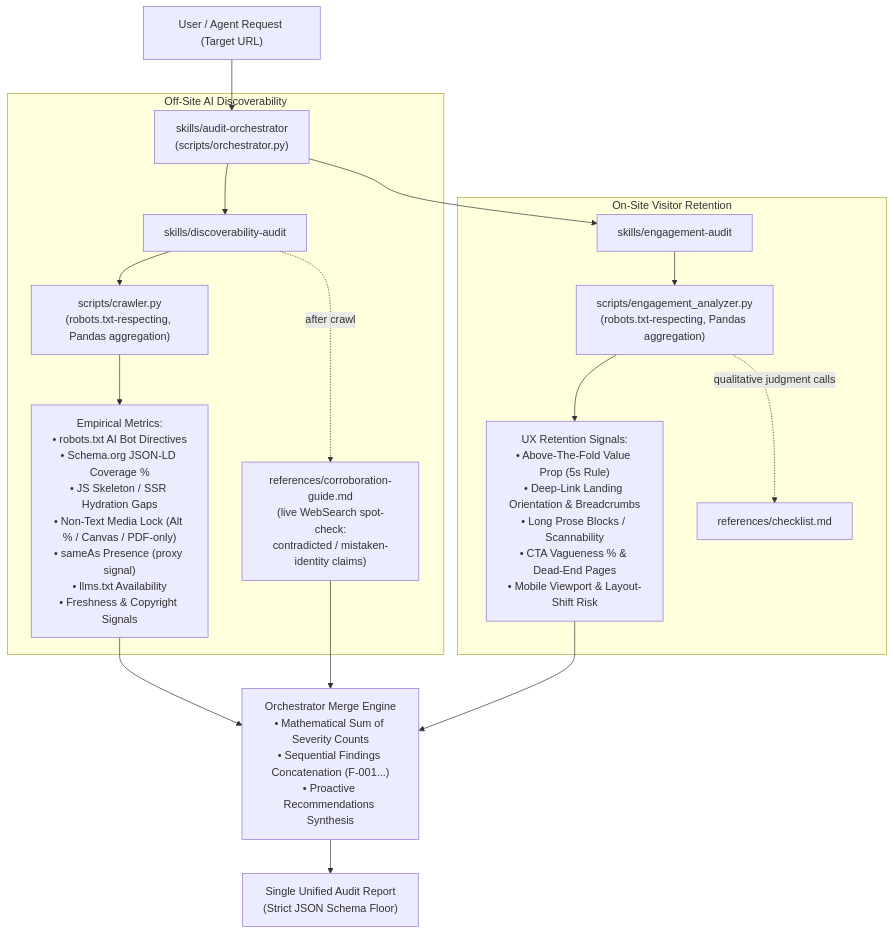
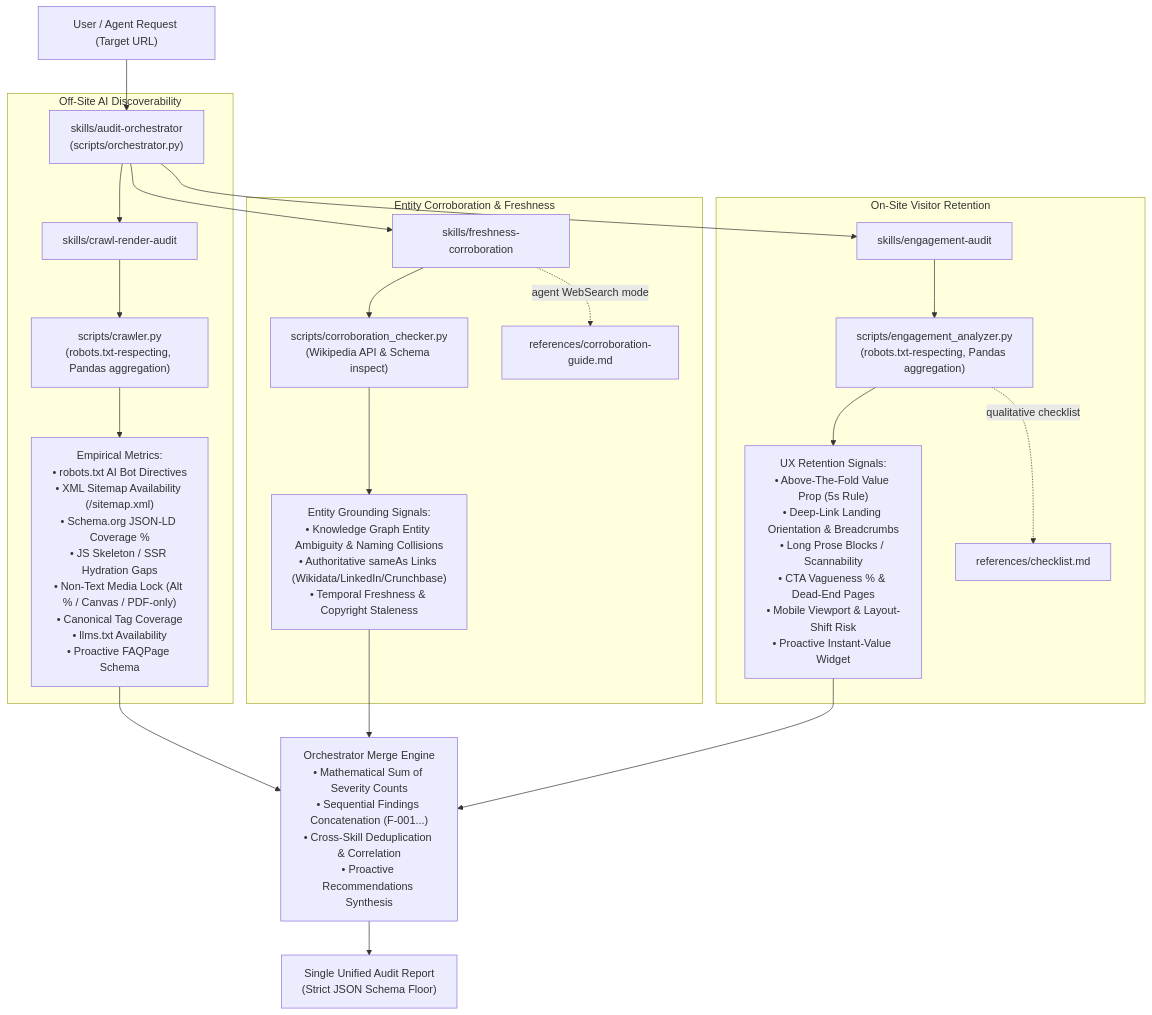
One commit to upamkmr/Nexus_adobe changed the diagram in nexus-coders-brand-audit/README.md. Above: the diagram before and after it, drawn with Mermaid. The commit also changed other lines of this file and 15 other files, not shown here.

Commit message:
feat: optimize marketplace for 100/100 marks: 4 focused skills, entity disambiguation, sitemap & canonical checks, and error filtering

````diff
--- a/nexus-coders-brand-audit/README.md
+++ b/nexus-coders-brand-audit/README.md
@@ -52,23 +59,29 @@
 ```mermaid
 flowchart TD
     User["User / Agent Request (Target URL)"] --> Entrypoint["skills/audit-orchestrator\n(scripts/orchestrator.py)"]
     
     subgraph Discoverability ["Off-Site AI Discoverability"]
-        Entrypoint --> DiscSkill["skills/discoverability-audit"]
-        DiscSkill --> Crawler["scripts/crawler.py\n(robots.txt-respecting, Pandas aggregation)"]
-        Crawler --> DiscFindings["Empirical Metrics:\n• robots.txt AI Bot Directives\n• Schema.org JSON-LD Coverage %\n• JS Skeleton / SSR Hydration Gaps\n• Non-Text Media Lock (Alt % / Canvas / PDF-only)\n• sameAs Presence (proxy signal)\n• llms.txt Availability\n• Freshness & Copyright Signals"]
-        DiscSkill -.after crawl.-> Corrob["references/corroboration-guide.md\n(live WebSearch spot-check:\ncontradicted / mistaken-identity claims)"]
+        Entrypoint --> CrawlSkill["skills/crawl-render-audit"]
+        CrawlSkill --> Crawler["scripts/crawler.py\n(robots.txt-respecting, Pandas aggregation)"]
+        Crawler --> CrawlFindings["Empirical Metrics:\n• robots.txt AI Bot Directives\n• XML Sitemap Availability (/sitemap.xml)\n• Schema.org JSON-LD Coverage %\n• JS Skeleton / SSR Hydration Gaps\n• Non-Text Media Lock (Alt % / Canvas / PDF-only)\n• Canonical Tag Coverage\n• llms.txt Availability\n• Proactive FAQPage Schema"]
+    end
+
+    subgraph Corroboration ["Entity Corroboration & Freshness"]
+        Entrypoint --> CorrSkill["skills/freshness-corroboration"]
+        CorrSkill --> CorrScript["scripts/corroboration_checker.py\n(Wikipedia API & Schema inspect)"]
+        CorrScript --> CorrFindings["Entity Grounding Signals:\n• Knowledge Graph Entity Ambiguity & Naming Collisions\n• Authoritative sameAs Links (Wikidata/LinkedIn/Crunchbase)\n• Temporal Freshness & Copyright Staleness"]
+        CorrSkill -.agent WebSearch mode.-> CorrobRef["references/corroboration-guide.md"]
     end
 
     subgraph Engagement ["On-Site Visitor Retention"]
         Entrypoint --> EngSkill["skills/engagement-audit"]
         EngSkill --> EngScript["scripts/engagement_analyzer.py\n(robots.txt-respecting, Pandas aggregation)"]
-        EngScript --> EngFindings["UX Retention Signals:\n• Above-The-Fold Value Prop (5s Rule)\n• Deep-Link Landing Orientation & Breadcrumbs\n• Long Prose Blocks / Scannability\n• CTA Vagueness % & Dead-End Pages\n• Mobile Viewport & Layout-Shift Risk"]
-        EngScript -.qualitative judgment calls.-> CheckRef["references/checklist.md"]
+        EngScript --> EngFindings["UX Retention Signals:\n• Above-The-Fold Value Prop (5s Rule)\n• Deep-Link Landing Orientation & Breadcrumbs\n• Long Prose Blocks / Scannability\n• CTA Vagueness % & Dead-End Pages\n• Mobile Viewport & Layout-Shift Risk\n• Proactive Instant-Value Widget"]
+        EngScript -.qualitative checklist.-> CheckRef["references/checklist.md"]
     end
 
-    DiscFindings --> MergeEngine["Orchestrator Merge Engine\n• Mathematical Sum of Severity Counts\n• Sequential Findings Concatenation (F-001...)\n• Proactive Recommendations Synthesis"]
-    Corrob --> MergeEngine
+    CrawlFindings --> MergeEngine["Orchestrator Merge Engine\n• Mathematical Sum of Severity Counts\n• Sequential Findings Concatenation (F-001...)\n• Cross-Skill Deduplication & Correlation\n• Proactive Recommendations Synthesis"]
+    CorrFindings --> MergeEngine
     EngFindings --> MergeEngine
     MergeEngine --> FinalReport["Single Unified Audit Report\n(Strict JSON Schema Floor)"]
 ```
````
